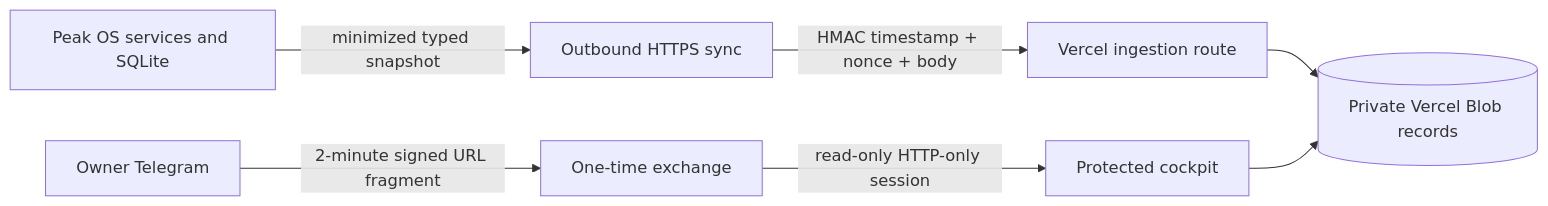
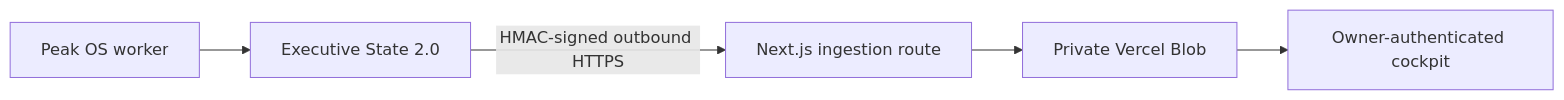
Before and after one commit to stevenscwu/line101chat-site: the diagram in docs/peak-os-dashboard.md, drawn with Mermaid. The commit also changed other lines of this file and 16 other files, not shown here.

Commit message:
feat: migrate Peak cockpit to Executive State 2.0

````diff
--- a/docs/peak-os-dashboard.md
+++ b/docs/peak-os-dashboard.md
@@ -8,9 +5,7 @@
 ```mermaid
 flowchart LR
-    A[Peak OS services and SQLite] -->|minimized typed snapshot| B[Outbound HTTPS sync]
-    B -->|HMAC timestamp + nonce + body| C[Vercel ingestion route]
-    C --> D[(Private Vercel Blob records)]
-    E[Owner Telegram] -->|2-minute signed URL fragment| F[One-time exchange]
-    F -->|read-only HTTP-only session| G[Protected cockpit]
-    G --> D
+    A[Peak OS worker] --> B[Executive State 2.0]
+    B -->|HMAC-signed outbound HTTPS| C[Next.js ingestion route]
+    C --> D[Private Vercel Blob]
+    D --> E[Owner-authenticated cockpit]
 ```
````
